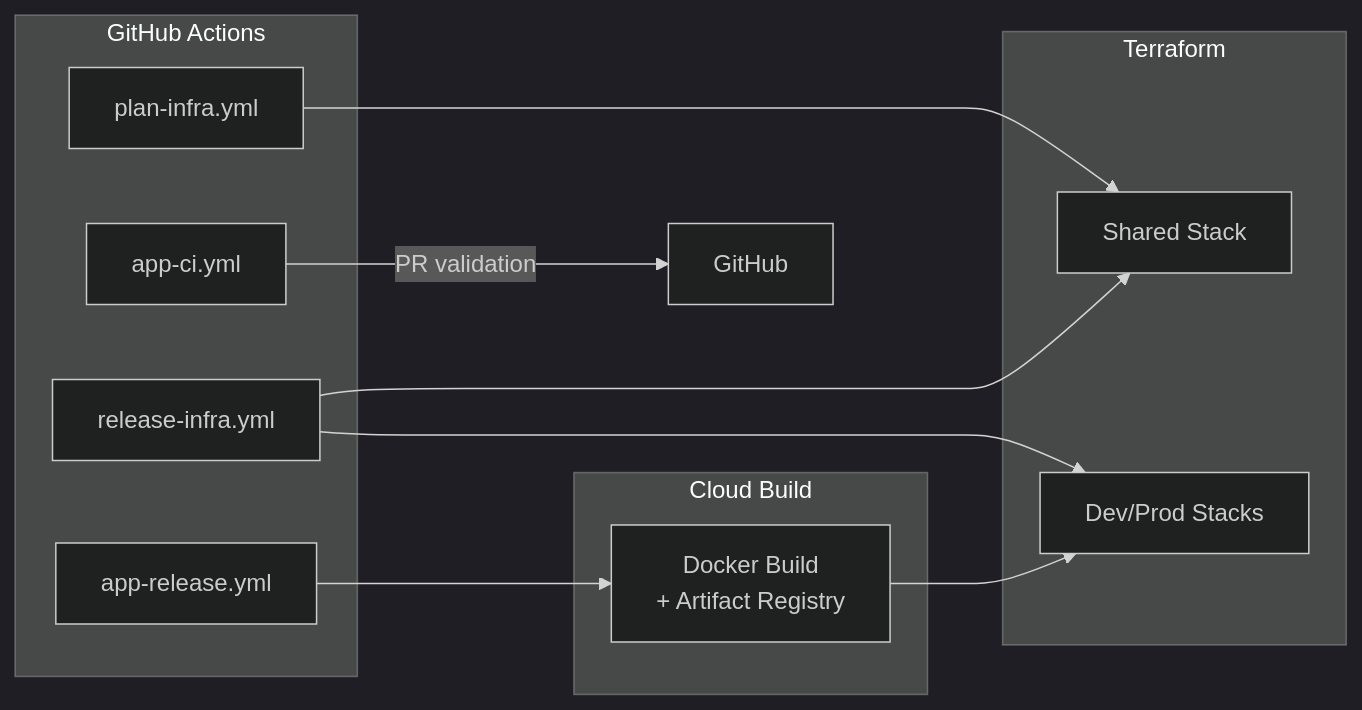
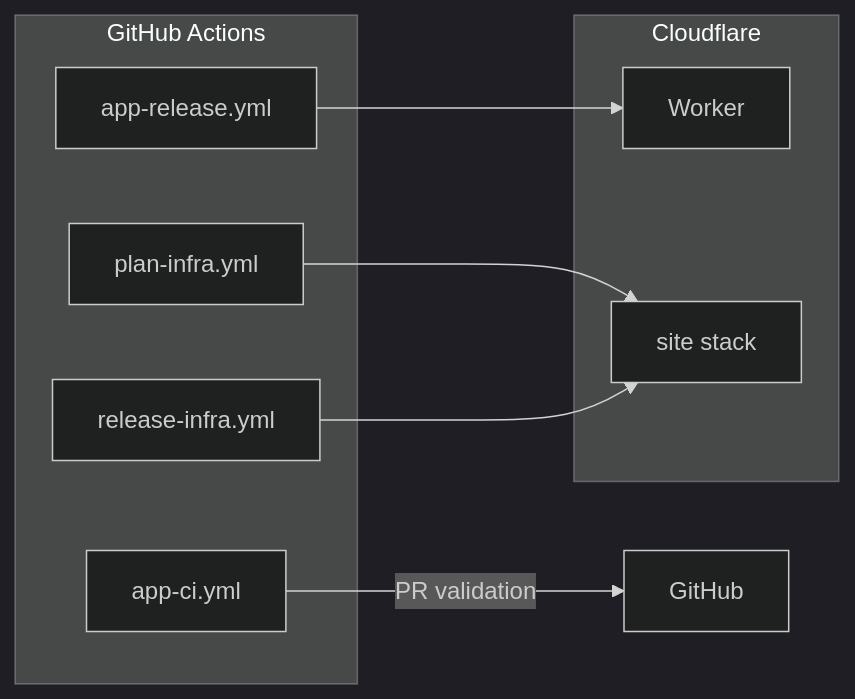
Before and after one commit to koborin-ai/site: the second of 2 diagrams in README.md, drawn with Mermaid (dark theme). The commit also changed other lines of this file and 5 other files, not shown here.

````diff
--- a/README.md
+++ b/README.md
@@ -119,24 +52,19 @@
 ```mermaid
 flowchart LR
-    subgraph GitHub Actions
+    subgraph Actions["GitHub Actions"]
         planInfra[plan-infra.yml]
         releaseInfra[release-infra.yml]
         appCI[app-ci.yml]
         appRelease[app-release.yml]
     end
 
-    subgraph Cloud Build
-        buildApp[Docker Build\n+ Artifact Registry]
+    subgraph Cloudflare["Cloudflare"]
+        worker[Worker]
+        siteStack[site stack]
     end
 
-    subgraph Terraform
-        sharedStack[Shared Stack]
-        envStacks[Dev/Prod Stacks]
-    end
-
-    planInfra --> sharedStack
-    releaseInfra --> sharedStack
-    releaseInfra --> envStacks
+    planInfra --> siteStack
+    releaseInfra --> siteStack
     appCI -->|PR validation| GitHub
-    appRelease --> buildApp --> envStacks
+    appRelease --> worker
 ```
````
